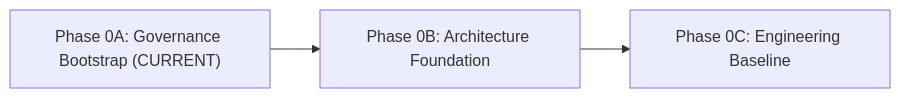
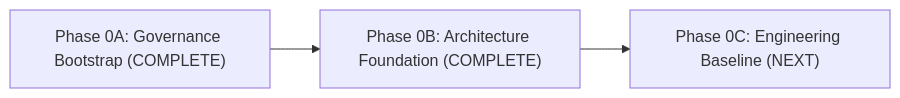
One commit to royervillegasgamarra-lab/medstudy-atlas changed the diagram in docs/roadmap/phase-0.md. Above: the diagram before and after it, drawn with Mermaid. The commit also changed other lines of this file and 26 other files, not shown here.

Commit message:
chore(architecture): establish MedStudy Atlas phase 0B foundation

````diff
--- a/docs/roadmap/phase-0.md
+++ b/docs/roadmap/phase-0.md
@@ -5,5 +5,5 @@
 ```mermaid
 flowchart LR
-    A["Phase 0A: Governance Bootstrap (CURRENT)"] --> B["Phase 0B: Architecture Foundation"]
-    B --> C["Phase 0C: Engineering Baseline"]
+    A["Phase 0A: Governance Bootstrap (COMPLETE)"] --> B["Phase 0B: Architecture Foundation (COMPLETE)"]
+    B --> C["Phase 0C: Engineering Baseline (NEXT)"]
 ```
````
